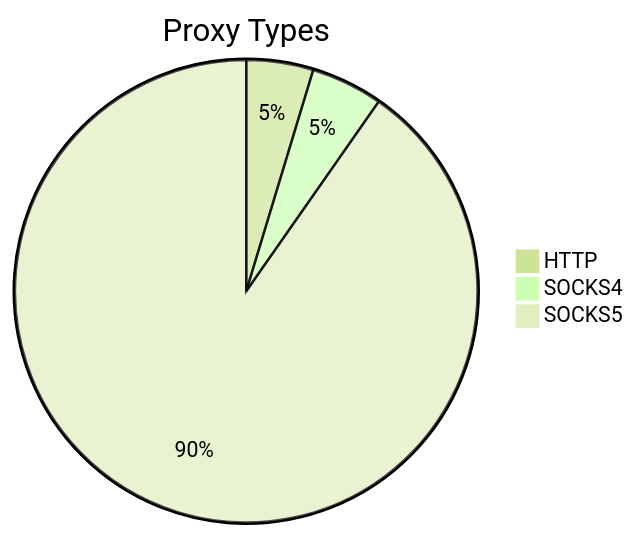
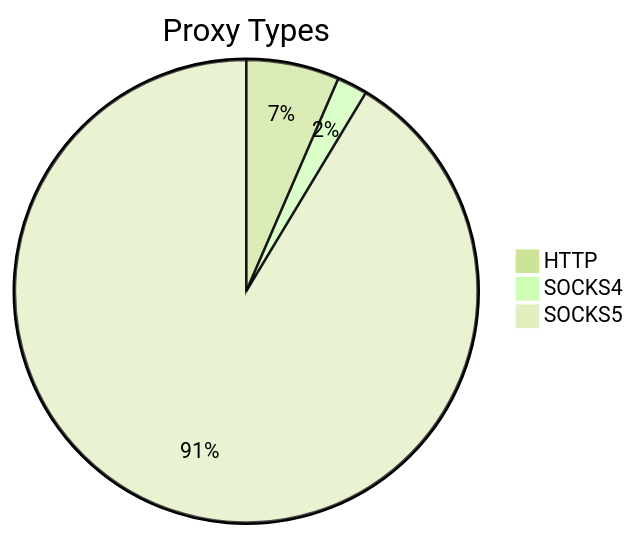
One commit to stormsia/proxy-list changed the first of 2 diagrams in README.md. Above: the diagram before and after it, drawn with Mermaid (forest theme). The commit also changed other lines of this file, not shown here.

````diff
--- a/README.md
+++ b/README.md
@@ -21,6 +21,6 @@
 ```mermaid
 pie title Proxy Types
-    "HTTP" : 41
-    "SOCKS4" : 44
-    "SOCKS5" : 791
+    "HTTP" : 61
+    "SOCKS4" : 20
+    "SOCKS5" : 857
 ```
````
